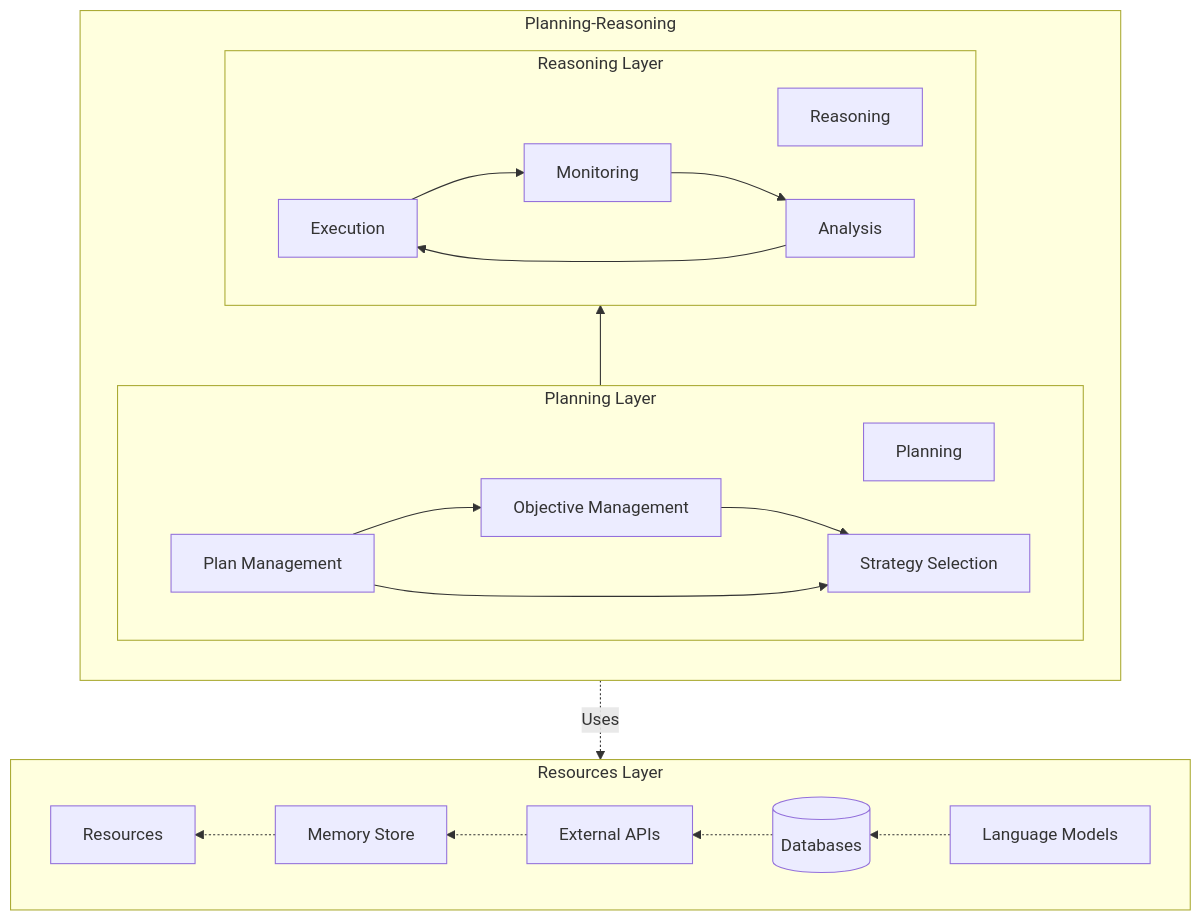
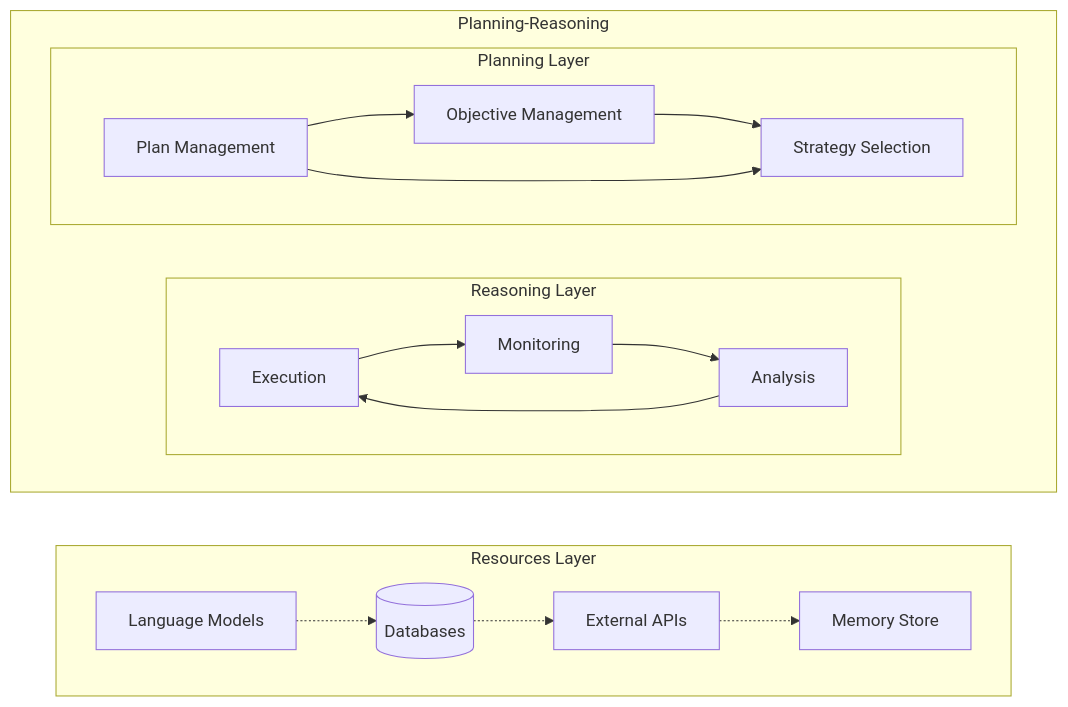
One commit to aitomatic/dana changed the first of 2 diagrams in dxa/agent/README.md. Above: the diagram before and after it, drawn with Mermaid. The commit also changed 4 other files, not shown here.

Commit message:
Update diagram

````diff
--- a/dxa/agent/README.md
+++ b/dxa/agent/README.md
@@ -30,38 +30,35 @@
 ```mermaid
-graph TB
-    Planning --> Reasoning -.->|Uses| Resources
+graph LR
 
     %% Resources Subgraph
     subgraph Resources Layer
-        direction RL
+        direction LR
         LLM[Language Models] -.->
         DB[(Databases)] -.->
         API[External APIs] -.->
-        MEM[Memory Store] -.->
-        Resources 
+        MEM[Memory Store]
     end
 
     %% Planning-Reasoning Subgraph
     subgraph Planning-Reasoning
-        direction BT
+        direction LR
+
+        %% Reasoning Layer Subgraph
+        subgraph Reasoning Layer
+            direction LR
+            E[Execution] --> M[Monitoring]
+            M --> A[Analysis]
+            A --> E
+        end
 
         %% Planning Layer Subgraph
         subgraph Planning Layer
             direction LR
             P[Plan Management] --> O[Objective Management]
             O --> S[Strategy Selection]
             P --> S
-            Planning
         end
  
-        %% Reasoning Layer Subgraph
-        subgraph Reasoning Layer
-            direction LR
-            E[Execution] --> M[Monitoring]
-            M --> A[Analysis]
-            A --> E
-            Reasoning
-        end
+
     end
-
 ```
````
